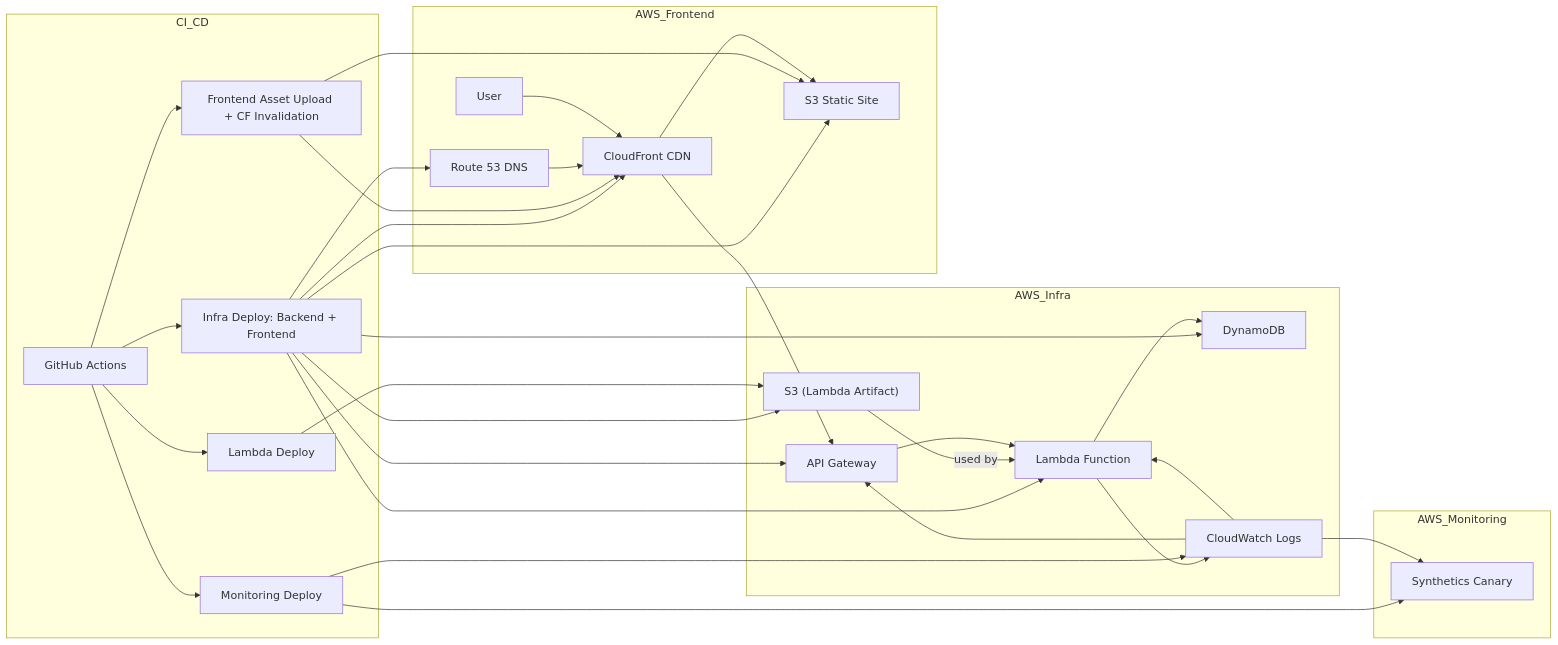
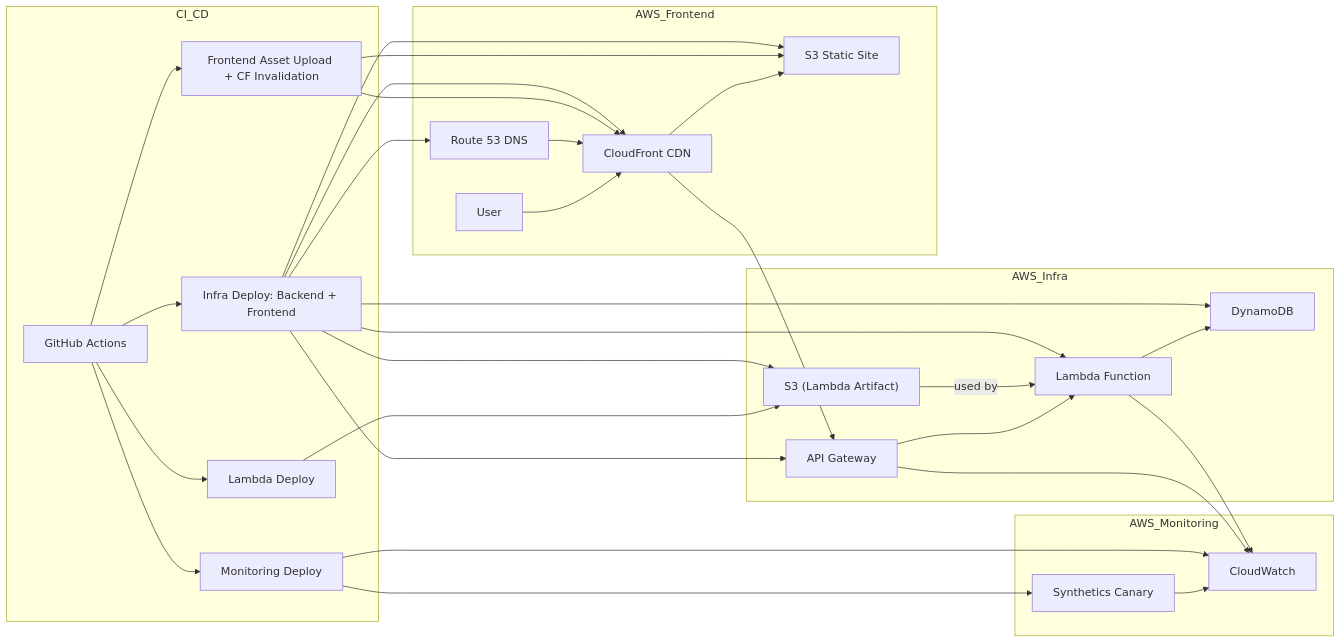
Before and after one commit to hybridmulticloud/resume-api-frontend: the sixth of 6 diagrams in README.md, drawn with Mermaid.

````diff
--- a/README.md
+++ b/README.md
@@ -196,43 +196,42 @@
 ```mermaid
 flowchart LR
   GH[GitHub Actions]
 
   subgraph CI_CD
     GH --> TF["Infra Deploy: Backend + Frontend"]
     GH --> LD["Lambda Deploy"]
     GH --> FD["Frontend Asset Upload + CF Invalidation"]
     GH --> MD["Monitoring Deploy"]
   end
 
   subgraph AWS_Infra
     TF --> APIGW["API Gateway"]
     TF --> Lambda["Lambda Function"]
     TF --> DynamoDB["DynamoDB"]
     TF --> ArtifactS3["S3 (Lambda Artifact)"]
     LD --> ArtifactS3
     ArtifactS3 -- used by --> Lambda
     APIGW --> Lambda
     Lambda --> DynamoDB
-    Lambda --> CW["CloudWatch Logs"]
   end
 
   subgraph AWS_Frontend
     TF --> S3["S3 Static Site"]
     TF --> CF["CloudFront CDN"]
     TF --> Route53["Route 53 DNS"]
     FD --> S3
     FD --> CF
     CF --> S3
     CF --> APIGW
     Route53 --> CF
     User --> CF
   end
 
   subgraph AWS_Monitoring
     MD --> Canary["Synthetics Canary"]
-    MD --> CW
-    CW --> Canary
-    CW --> APIGW
-    CW --> Lambda
+    MD --> CW["CloudWatch"]
+    Canary --> CW
+    Lambda --> CW
+    APIGW --> CW
   end
 ```
````
